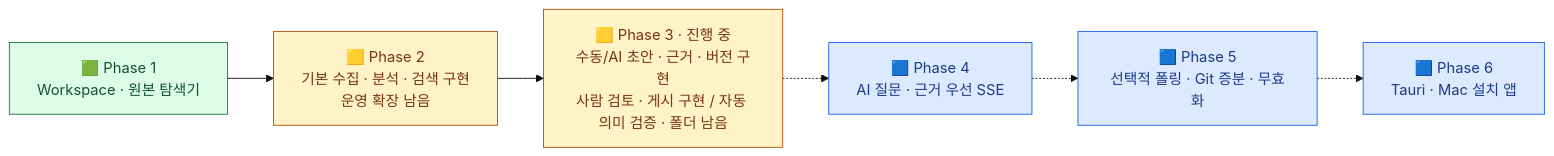
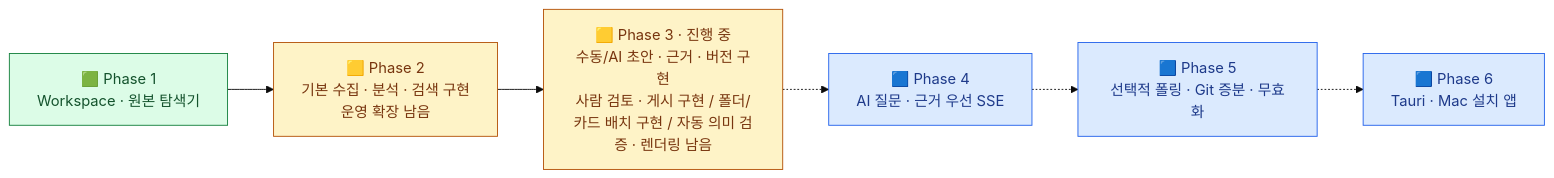
The first of 5 diagrams in docs/design-map.md (thisisnew/dougle), drawn with Mermaid (base theme) before and after one commit. The commit also changed other lines of this file and 24 other files, not shown here.

````diff
--- a/docs/design-map.md
+++ b/docs/design-map.md
@@ -16,20 +16,20 @@
 ```mermaid
 flowchart LR
     P1["🟩 Phase 1<br/>Workspace · 원본 탐색기"]
     P2["🟨 Phase 2<br/>기본 수집 · 분석 · 검색 구현<br/>운영 확장 남음"]
-    P3["🟨 Phase 3 · 진행 중<br/>수동/AI 초안 · 근거 · 버전 구현<br/>사람 검토 · 게시 구현 / 자동 의미 검증 · 폴더 남음"]
+    P3["🟨 Phase 3 · 진행 중<br/>수동/AI 초안 · 근거 · 버전 구현<br/>사람 검토 · 게시 구현 / 폴더/카드 배치 구현 / 자동 의미 검증 · 렌더링 남음"]
     P4["🟦 Phase 4<br/>AI 질문 · 근거 우선 SSE"]
     P5["🟦 Phase 5<br/>선택적 폴링 · Git 증분 · 무효화"]
     P6["🟦 Phase 6<br/>Tauri · Mac 설치 앱"]
     P1 --> P2
     P2 --> P3
     P3 -.-> P4
     P4 -.-> P5
     P5 -.-> P6
     classDef done fill:#dcfce7,stroke:#15803d,color:#14532d
     classDef partial fill:#fef3c7,stroke:#b45309,color:#78350f
     classDef planned fill:#dbeafe,stroke:#2563eb,color:#1e3a8a
     class P1 done
     class P2,P3 partial
     class P4,P5,P6 planned
 ```
````
